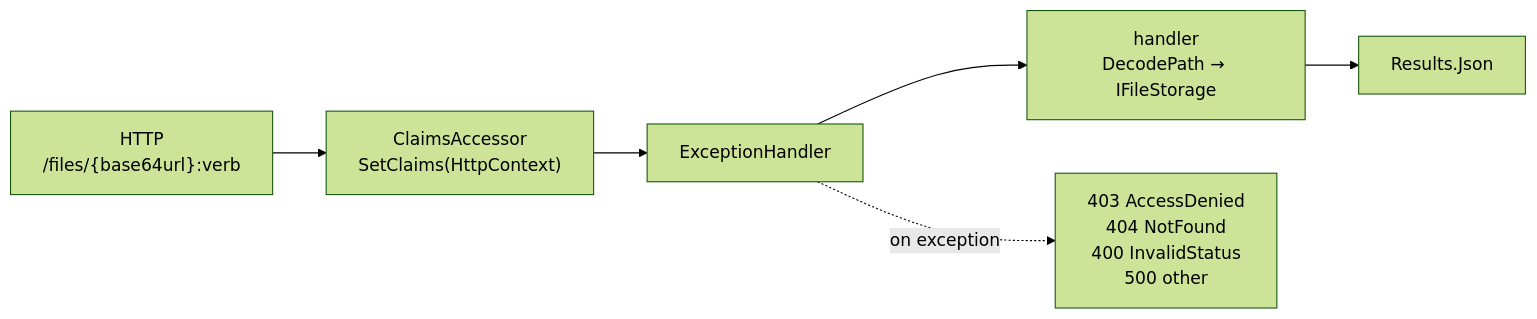
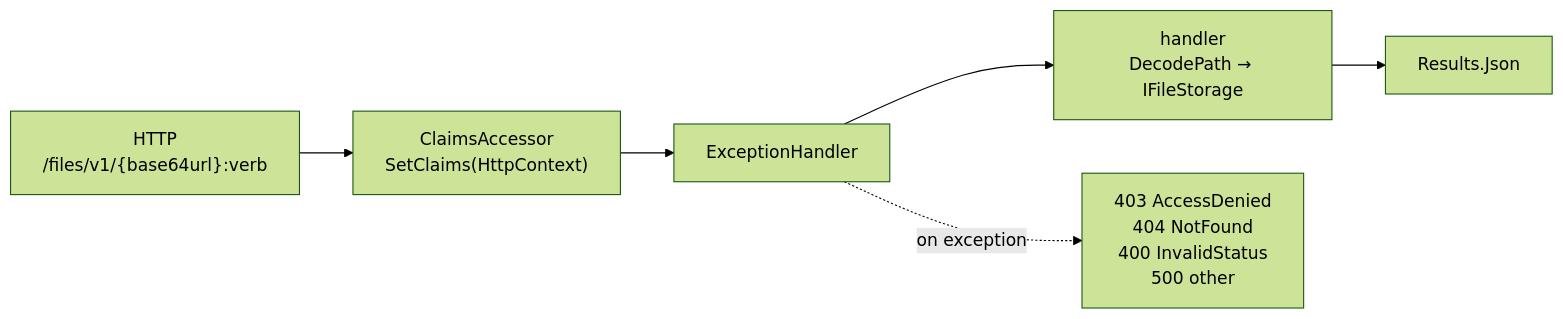
One commit to FlameOfUdun/winche-storage changed the third of 6 diagrams in README.md. Above: the diagram before and after it, drawn with Mermaid (forest theme). The commit also changed 1 other file, not shown here.

Commit message:
Routes under /files/v1
The default prefix is now files/v1, like auth/v1 and functions/v1. A host on the old path passes prefix: "files".

````diff
--- a/README.md
+++ b/README.md
@@ -199,8 +199,8 @@
 ```mermaid
 flowchart LR
-    Req["HTTP<br/>/files/{base64url}:verb"] --> CA["ClaimsAccessor<br/>SetClaims(HttpContext)"]
+    Req["HTTP<br/>/files/v1/{base64url}:verb"] --> CA["ClaimsAccessor<br/>SetClaims(HttpContext)"]
     CA --> EH["ExceptionHandler"]
     EH --> Handler["handler<br/>DecodePath → IFileStorage"]
     Handler --> Ok["Results.Json"]
     EH -. on exception .-> Err["403 AccessDenied<br/>404 NotFound<br/>400 InvalidStatus<br/>500 other"]
 ```
````
